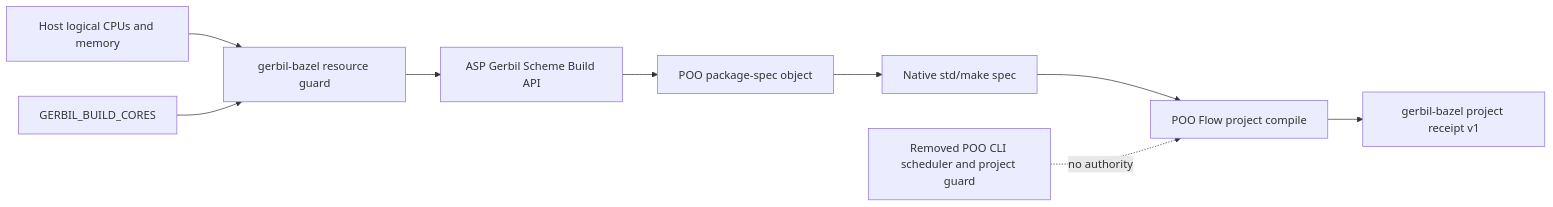
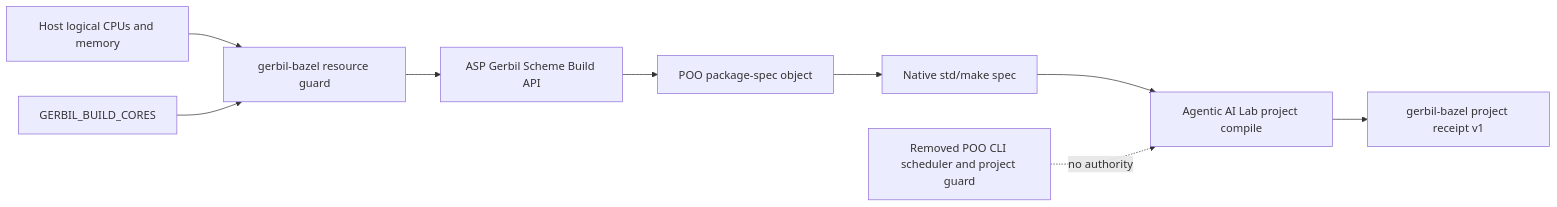
Before and after one commit to tao3k/gebril-yuanxu: the first of 3 diagrams in module-system/design/147-adaptive-scheme-build-guard/17-build-api-cutover-closure.org, drawn with Mermaid. The commit also changed other lines of this file and 507 other files, not shown here.

```diff
--- a/module-system/design/147-adaptive-scheme-build-guard/17-build-api-cutover-closure.org
+++ b/module-system/design/147-adaptive-scheme-build-guard/17-build-api-cutover-closure.org
@@ -40,12 +40,12 @@
 #+begin_src mermaid
 flowchart LR
   Host["Host logical CPUs and memory"] --> GB["gerbil-bazel resource guard"]
   Cores["GERBIL_BUILD_CORES"] --> GB
   GB --> ASP["ASP Gerbil Scheme Build API"]
   ASP --> POO["POO package-spec object"]
   POO --> Native["Native std/make spec"]
-  Native --> Compile["POO Flow project compile"]
+  Native --> Compile["Agentic AI Lab project compile"]
   Compile --> Receipt["gerbil-bazel project receipt v1"]
 
   Legacy["Removed POO CLI scheduler and project guard"] -. no authority .-> Compile
 #+end_src
```
